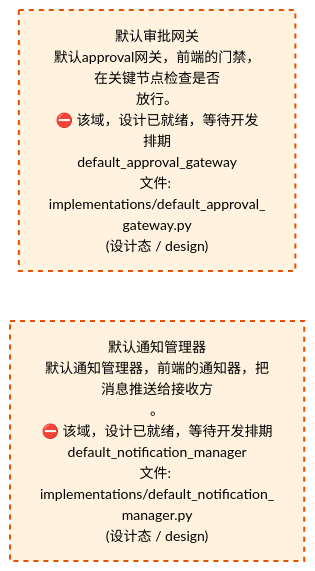
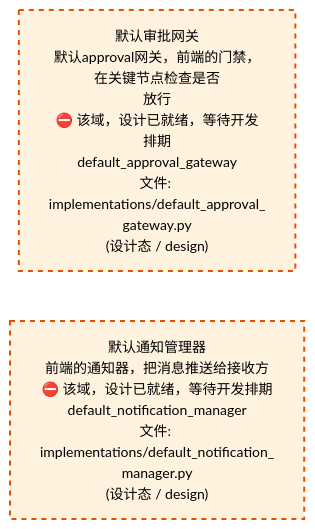
One commit to xuanFelixVan/ZephyrAlpha changed the third of 4 diagrams in docs/02_enterprise_architecture/02_domain_architecture_docs/47_d_frontend.md. Above: the diagram before and after it, drawn with Mermaid. The commit also changed other lines of this file and 62 other files, not shown here.

````diff
--- a/docs/02_enterprise_architecture/02_domain_architecture_docs/47_d_frontend.md
+++ b/docs/02_enterprise_architecture/02_domain_architecture_docs/47_d_frontend.md
@@ -177,12 +177,12 @@
 ```mermaid
 %%{init: {'theme': 'base', 'themeVariables': {'primaryColor': '#eaeaea', 'primaryTextColor': '#333333', 'primaryBorderColor': '#666666', 'lineColor': '#666666', 'secondaryColor': '#eaeaea', 'tertiaryColor': '#eaeaea', 'fontSize': '14px'}}}%%
 flowchart TD
-    src_zephyr_frontend_implementations_default_approval_gateway_py["默认审批网关<br/>默认approval网关，前端的门禁，在关键节点检查是否<br/>放行。<br/>⛔ 该域，设计已就绪，等待开发排期<br/>default_approval_gateway<br/>文件: implementations/default_approval_<br/>gateway.py<br/>(设计态 / design)"]
-    src_zephyr_frontend_implementations_default_notification_manager_py["默认通知管理器<br/>默认通知管理器，前端的通知器，把消息推送给接收方<br/>。<br/>⛔ 该域，设计已就绪，等待开发排期<br/>default_notification_manager<br/>文件: implementations/default_notification_<br/>manager.py<br/>(设计态 / design)"]
+    src_zephyr_frontend_implementations_default_approval_gateway_py["默认审批网关<br/>默认approval网关，前端的门禁，在关键节点检查是否<br/>放行<br/>⛔ 该域，设计已就绪，等待开发排期<br/>default_approval_gateway<br/>文件: implementations/default_approval_<br/>gateway.py<br/>(设计态 / design)"]
+    src_zephyr_frontend_implementations_default_notification_manager_py["默认通知管理器<br/>前端的通知器，把消息推送给接收方<br/>⛔ 该域，设计已就绪，等待开发排期<br/>default_notification_manager<br/>文件: implementations/default_notification_<br/>manager.py<br/>(设计态 / design)"]
     src_zephyr_frontend_implementations_default_approval_gateway_py ~~~ src_zephyr_frontend_implementations_default_notification_manager_py
     classDef production fill:#e1f5fe,stroke:#01579b,stroke-width:2px,color:#000
     classDef design fill:#fff3e0,stroke:#e65100,stroke-width:2px,color:#000,stroke-dasharray: 5 5
     classDef external_prod fill:#e8f4fd,stroke:#0277bd,stroke-width:1px,color:#000
     classDef external_design fill:#fff8e7,stroke:#ef6c00,stroke-width:1px,color:#000,stroke-dasharray: 5 5
     class src_zephyr_frontend_implementations_default_approval_gateway_py,src_zephyr_frontend_implementations_default_notification_manager_py design
 ```
````
